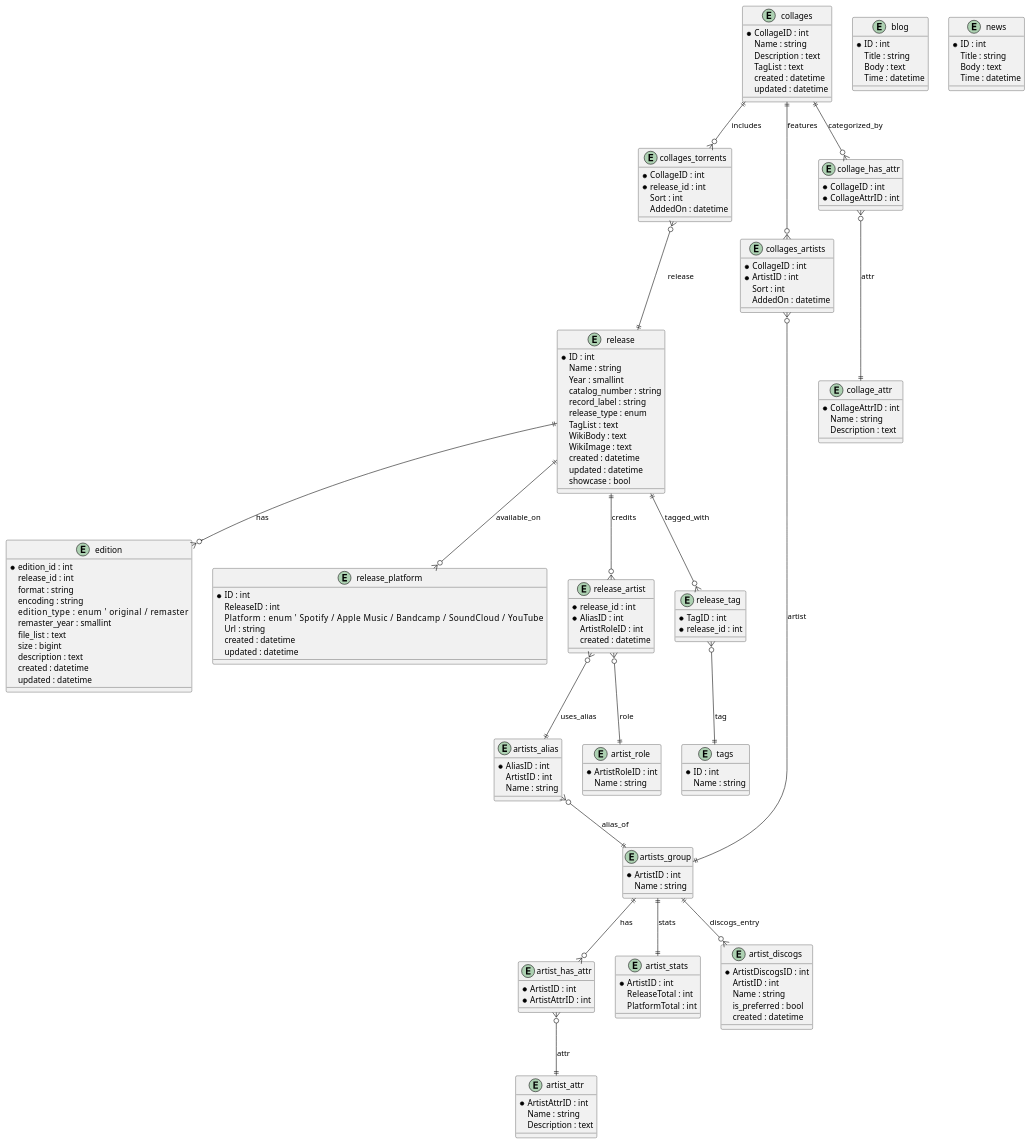
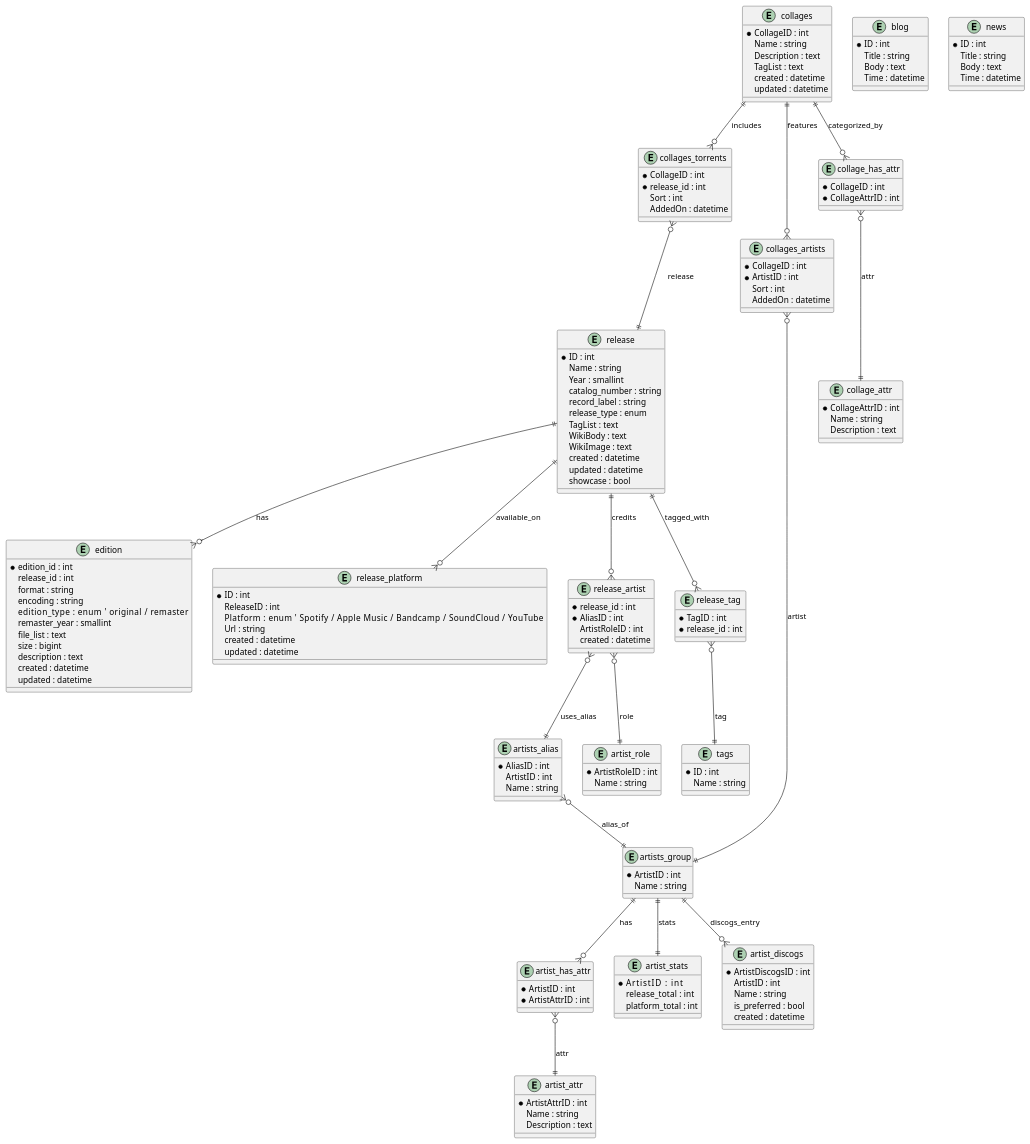
Before and after one commit to Walrus94/DotM: the diagram in docs/plantuml/target.puml, drawn with PlantUML.

Commit message:
docs: update artist stats schema

```diff
--- a/docs/plantuml/target.puml
+++ b/docs/plantuml/target.puml
@@ -1,166 +1,166 @@
 @startuml
 entity "release" as Release {
   *ID : int
   Name : string
   Year : smallint
   catalog_number : string
   record_label : string
   release_type : enum
   TagList : text
   WikiBody : text
   WikiImage : text
   created : datetime
   updated : datetime
   showcase : bool
 }
 
 entity "edition" as Edition {
   *edition_id : int
   release_id : int
   format : string
   encoding : string
   edition_type : enum        ' original / remaster
   remaster_year : smallint
   file_list : text
   size : bigint
   description : text
   created : datetime
   updated : datetime
 }
 
 entity "release_platform" as ReleasePlatform {
   *ID : int
   ReleaseID : int
   Platform : enum            ' Spotify / Apple Music / Bandcamp / SoundCloud / YouTube
   Url : string
   created : datetime
   updated : datetime
 }
 
 entity "artists_group" as Artist {
   *ArtistID : int
   Name : string
 }
 
 entity "artists_alias" as ArtistAlias {
   *AliasID : int
   ArtistID : int
   Name : string
 }
 
 entity "release_artist" as ReleaseArtist {
   *release_id : int
   *AliasID : int
   ArtistRoleID : int
   created : datetime
 }
 
 entity "artist_role" as ArtistRole {
   *ArtistRoleID : int
   Name : string
 }
 
 entity "artist_attr" as ArtistAttr {
   *ArtistAttrID : int
   Name : string
   Description : text
 }
 
 entity "artist_has_attr" as ArtistHasAttr {
   *ArtistID : int
   *ArtistAttrID : int
 }
 
 entity "artist_stats" as ArtistStats {
-  *ArtistID : int
-  ReleaseTotal : int
-  PlatformTotal : int
+  *ArtistID      : int
+  release_total  : int
+  platform_total : int
 }
 
 entity "tags" as Tag {
   *ID : int
   Name : string
 }
 
 entity "release_tag" as ReleaseTag {
   *TagID : int
   *release_id : int
 }
 
 Release ||--o{ Edition : has
 Release ||--o{ ReleasePlatform : available_on
 Release ||--o{ ReleaseArtist : credits
 Release ||--o{ ReleaseTag : tagged_with
 ReleaseArtist }o--|| ArtistAlias : uses_alias
 ReleaseArtist }o--|| ArtistRole : role
 ArtistAlias }o--|| Artist : alias_of
 Artist ||--o{ ArtistHasAttr : has
 ArtistHasAttr }o--|| ArtistAttr : attr
 Artist ||--|| ArtistStats : stats
 ReleaseTag }o--|| Tag : tag
 
 entity "collages" as Collage {
   *CollageID : int
   Name : string
   Description : text
   TagList : text
   created : datetime
   updated : datetime
 }
 
 entity "collages_torrents" as CollageRelease {
   *CollageID : int
   *release_id : int
   Sort : int
   AddedOn : datetime
 }
 
 entity "collages_artists" as CollageArtist {
   *CollageID : int
   *ArtistID : int
   Sort : int
   AddedOn : datetime
 }
 
 entity "collage_attr" as CollageAttr {
   *CollageAttrID : int
   Name : string
   Description : text
 }
 
 entity "collage_has_attr" as CollageHasAttr {
   *CollageID : int
   *CollageAttrID : int
 }
 
 Collage ||--o{ CollageRelease : includes
 CollageRelease }o--|| Release : release
 Collage ||--o{ CollageArtist : features
 CollageArtist }o--|| Artist : artist
 Collage ||--o{ CollageHasAttr : categorized_by
 CollageHasAttr }o--|| CollageAttr : attr
 
 entity "artist_discogs" as ArtistDiscogs {
   *ArtistDiscogsID : int
   ArtistID : int
   Name : string
   is_preferred : bool
   created : datetime
 }
 
 Artist ||--o{ ArtistDiscogs : discogs_entry
 
 entity "blog" as Blog {
   *ID : int
   Title : string
   Body : text
   Time : datetime
 }
 
 entity "news" as News {
   *ID : int
   Title : string
   Body : text
   Time : datetime
 }
 @enduml
```
